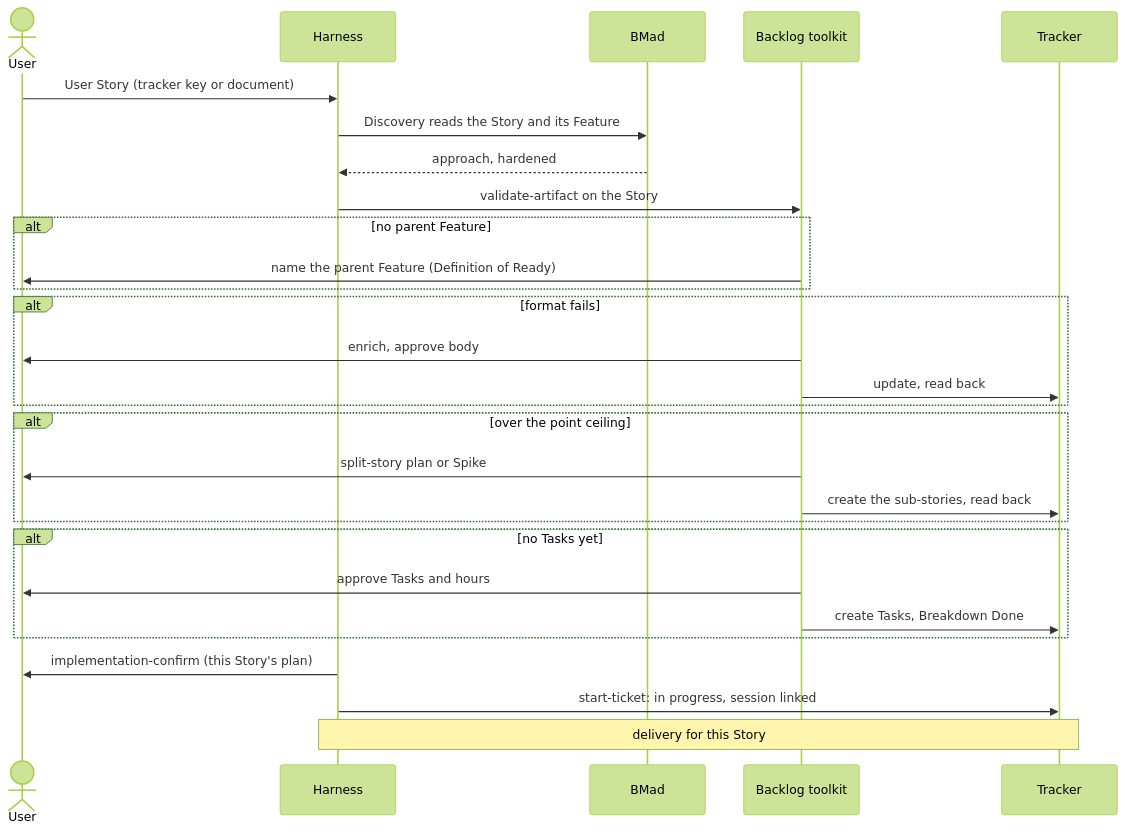
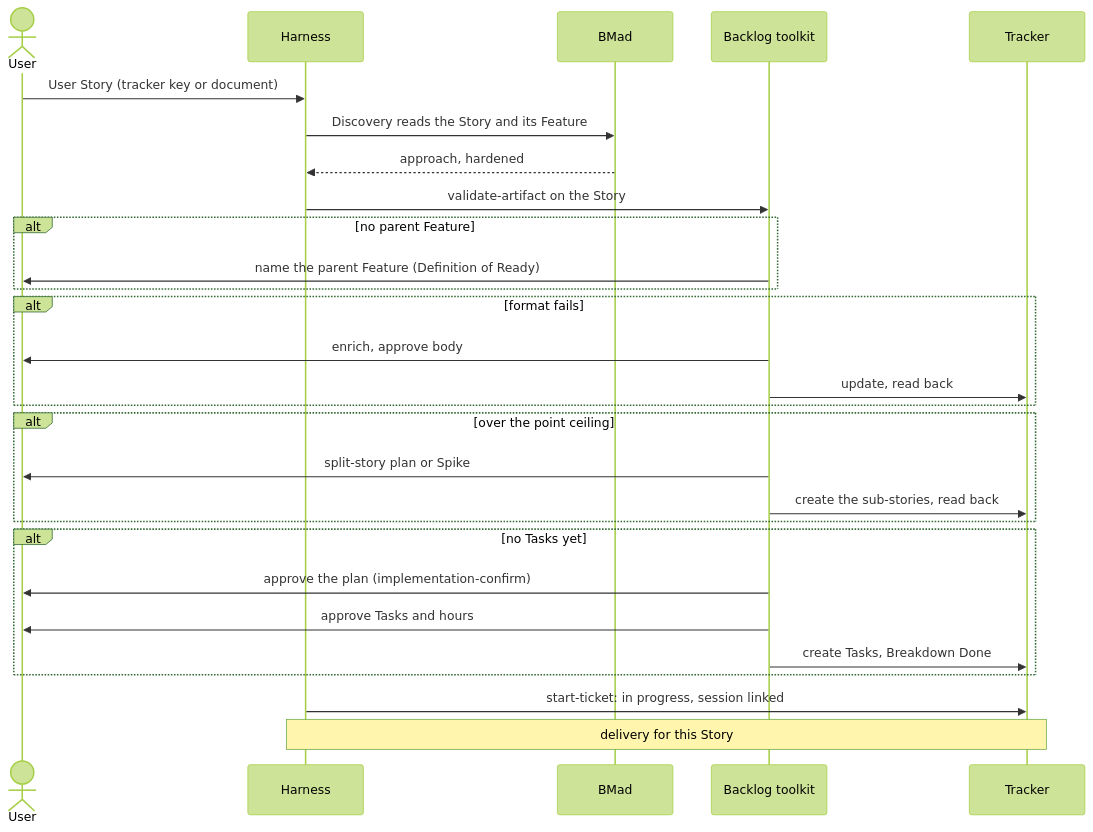
The seventh of 7 diagrams in AI_Codex/Specs/2026-10-15-workflow-alignment.md (Monolith-INC/monolithic-dev-harness), drawn with Mermaid (forest theme) before and after one commit. The commit also changed other lines of this file and 9 other files, not shown here.

````diff
--- a/AI_Codex/Specs/2026-10-15-workflow-alignment.md
+++ b/AI_Codex/Specs/2026-10-15-workflow-alignment.md
@@ -243,31 +266,31 @@
 ```mermaid
 sequenceDiagram
     actor U as User
     participant H as Harness
     participant B as BMad
     participant K as Backlog toolkit
     participant T as Tracker
 
     U->>H: User Story (tracker key or document)
     H->>B: Discovery reads the Story and its Feature
     B-->>H: approach, hardened
     H->>K: validate-artifact on the Story
     alt no parent Feature
         K->>U: name the parent Feature (Definition of Ready)
     end
     alt format fails
         K->>U: enrich, approve body
         K->>T: update, read back
     end
     alt over the point ceiling
         K->>U: split-story plan or Spike
         K->>T: create the sub-stories, read back
     end
     alt no Tasks yet
+        K->>U: approve the plan (implementation-confirm)
         K->>U: approve Tasks and hours
         K->>T: create Tasks, Breakdown Done
     end
-    H->>U: implementation-confirm (this Story's plan)
     H->>T: start-ticket: in progress, session linked
     Note over H,T: delivery for this Story
 ```
````
